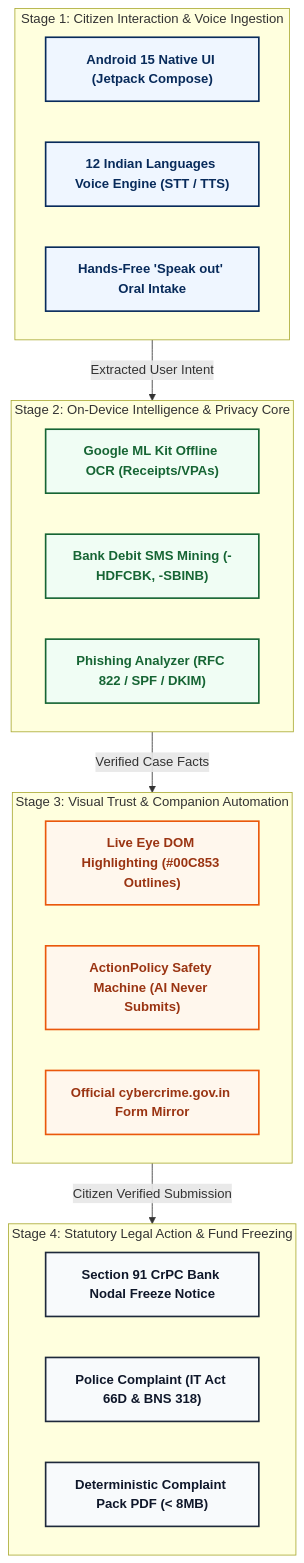
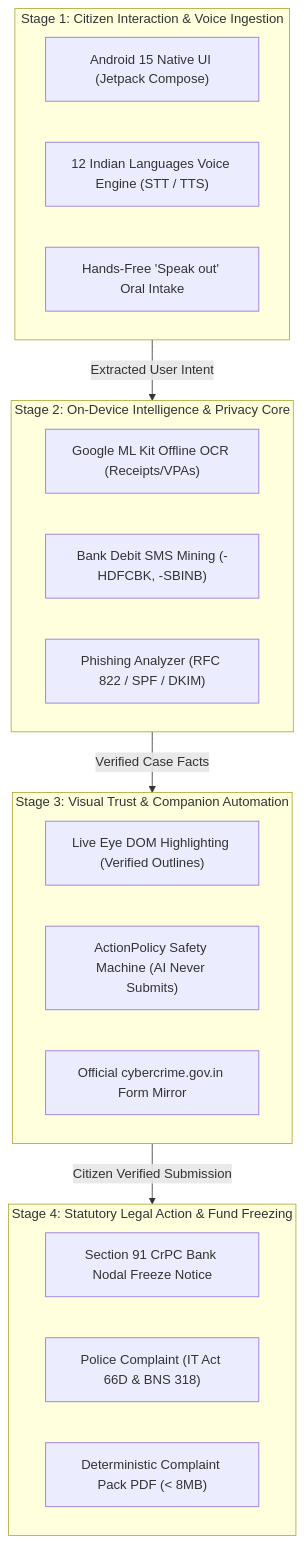
The second of 3 diagrams in README.md (vijjada/cyber-victim-assistant), drawn with Mermaid before and after one commit. The commit also changed other lines of this file, not shown here.

Commit message:
docs: use clean uncolored monochrome Mermaid diagrams and remove emojis

````diff
--- a/README.md
+++ b/README.md
@@ -70,44 +60,30 @@
 ```mermaid
 flowchart TD
-    classDef client fill:#EFF6FF,stroke:#082B5B,stroke-width:2px,color:#082B5B,font-weight:bold;
-    classDef ai fill:#F0FDF4,stroke:#166534,stroke-width:2px,color:#166534,font-weight:bold;
-    classDef companion fill:#FFF7ED,stroke:#EA580C,stroke-width:2px,color:#9A3412,font-weight:bold;
-    classDef legal fill:#F8FAFC,stroke:#1E293B,stroke-width:2px,color:#0F172A,font-weight:bold;
-
-    subgraph Tier1 ["Stage 1: Citizen Interaction & Voice Ingestion"]
-        direction LR
+    subgraph S1 ["Stage 1: Citizen Interaction & Voice Ingestion"]
         A1["Android 15 Native UI (Jetpack Compose)"]
         A2["12 Indian Languages Voice Engine (STT / TTS)"]
         A3["Hands-Free 'Speak out' Oral Intake"]
     end
 
-    subgraph Tier2 ["Stage 2: On-Device Intelligence & Privacy Core"]
-        direction LR
+    subgraph S2 ["Stage 2: On-Device Intelligence & Privacy Core"]
         B1["Google ML Kit Offline OCR (Receipts/VPAs)"]
         B2["Bank Debit SMS Mining (-HDFCBK, -SBINB)"]
         B3["Phishing Analyzer (RFC 822 / SPF / DKIM)"]
     end
 
-    subgraph Tier3 ["Stage 3: Visual Trust & Companion Automation"]
-        direction LR
-        C1["Live Eye DOM Highlighting (#00C853 Outlines)"]
+    subgraph S3 ["Stage 3: Visual Trust & Companion Automation"]
+        C1["Live Eye DOM Highlighting (Verified Outlines)"]
         C2["ActionPolicy Safety Machine (AI Never Submits)"]
         C3["Official cybercrime.gov.in Form Mirror"]
     end
 
-    subgraph Tier4 ["Stage 4: Statutory Legal Action & Fund Freezing"]
-        direction LR
+    subgraph S4 ["Stage 4: Statutory Legal Action & Fund Freezing"]
         D1["Section 91 CrPC Bank Nodal Freeze Notice"]
         D2["Police Complaint (IT Act 66D & BNS 318)"]
         D3["Deterministic Complaint Pack PDF (< 8MB)"]
     end
 
-    Tier1 -->|"Extracted User Intent"| Tier2
-    Tier2 -->|"Verified Case Facts"| Tier3
-    Tier3 -->|"Citizen Verified Submission"| Tier4
-
-    class A1,A2,A3 client;
-    class B1,B2,B3 ai;
-    class C1,C2,C3 companion;
-    class D1,D2,D3 legal;
+    S1 -->|"Extracted User Intent"| S2
+    S2 -->|"Verified Case Facts"| S3
+    S3 -->|"Citizen Verified Submission"| S4
 ```
````
